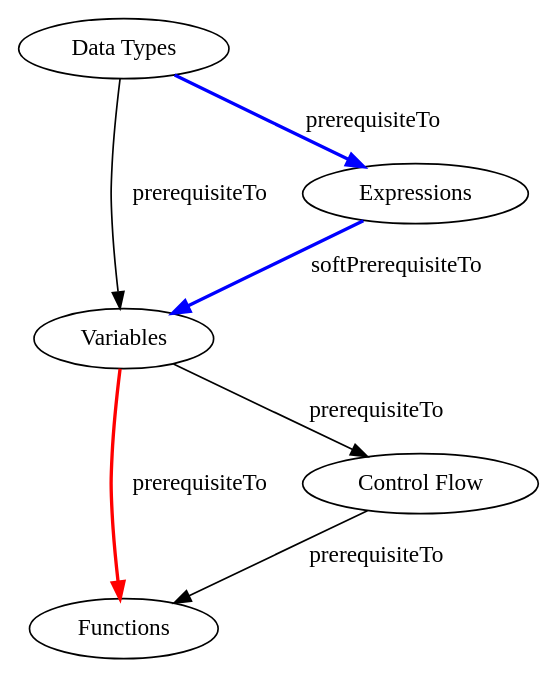
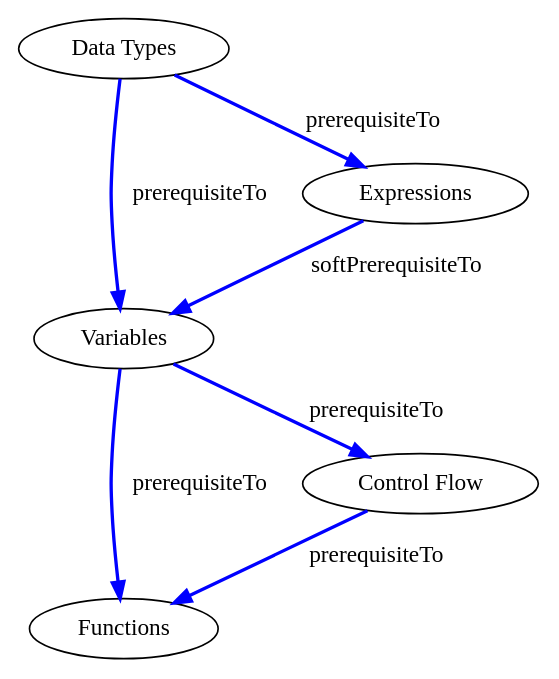
Before and after one commit to ezrichards/concept-graph: the diagram in graphviz/FunctionsSequence1.dot, drawn with Graphviz. The commit also changed 1 other file, not shown here.

Commit message:
Update function sequence 1

```diff
--- a/graphviz/FunctionsSequence1.dot
+++ b/graphviz/FunctionsSequence1.dot
@@ -1,32 +1,32 @@
 digraph {
    # rankdir=LR;
 
    # nodes into variables
-   "Data Types" -> "Variables" [ label="prerequisiteTo" ];
+   "Data Types" -> "Variables" [ label="prerequisiteTo",color=blue,penwidth=2.0 ];
    "Data Types" -> "Expressions" [ label="prerequisiteTo",color=blue,penwidth=2.0 ];
    "Expressions" -> "Variables" [ label="softPrerequisiteTo",color=blue,penwidth=2.0 ];
 
    # nodes away from variables
-   "Variables" -> "Functions" [ label="prerequisiteTo",color=red,penwidth=2.0 ];
-   "Variables" -> "Control Flow" [ label="prerequisiteTo" ];
-   "Control Flow" -> "Functions" [ label="prerequisiteTo" ];
+   "Variables" -> "Functions" [ label="prerequisiteTo",color=blue,penwidth=2.0 ];
+   "Variables" -> "Control Flow" [ label="prerequisiteTo",color=blue,penwidth=2.0 ];
+   "Control Flow" -> "Functions" [ label="prerequisiteTo",color=blue,penwidth=2.0 ];
    
    ### ignoring children because we don't have enough space
 
    # data types children
    #"Integer" -> "Data Types";
    #"Float" -> "Data Types";
    #"String" -> "Data Types";
    #"Boolean" -> "Data Types";
 
    # functions children
    #"Return values" -> "Functions";
    #"Parameters" -> "Functions";
    #"Calls" -> "Functions";
    #"Main" -> "Functions";
 
    # control flow children
    #"if" -> "Control Flow"
    #"elif" -> "Control Flow"
    #"else" -> "Control Flow"
 }
```
